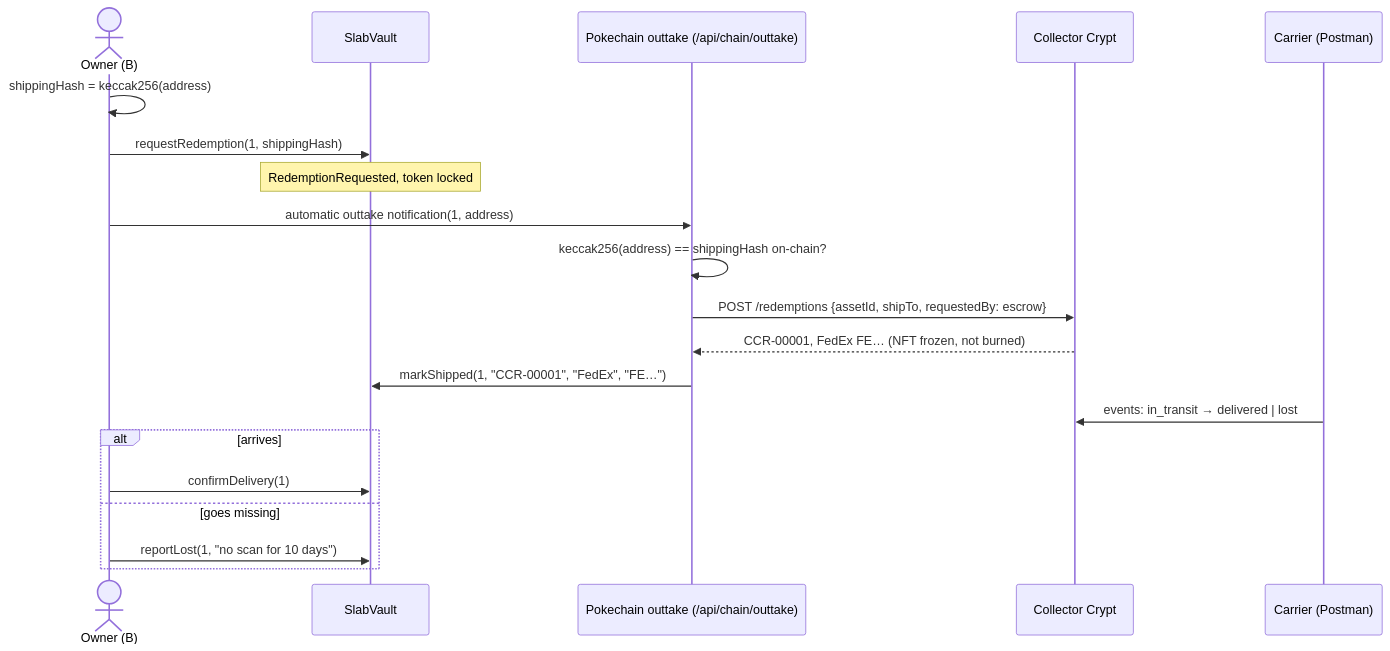
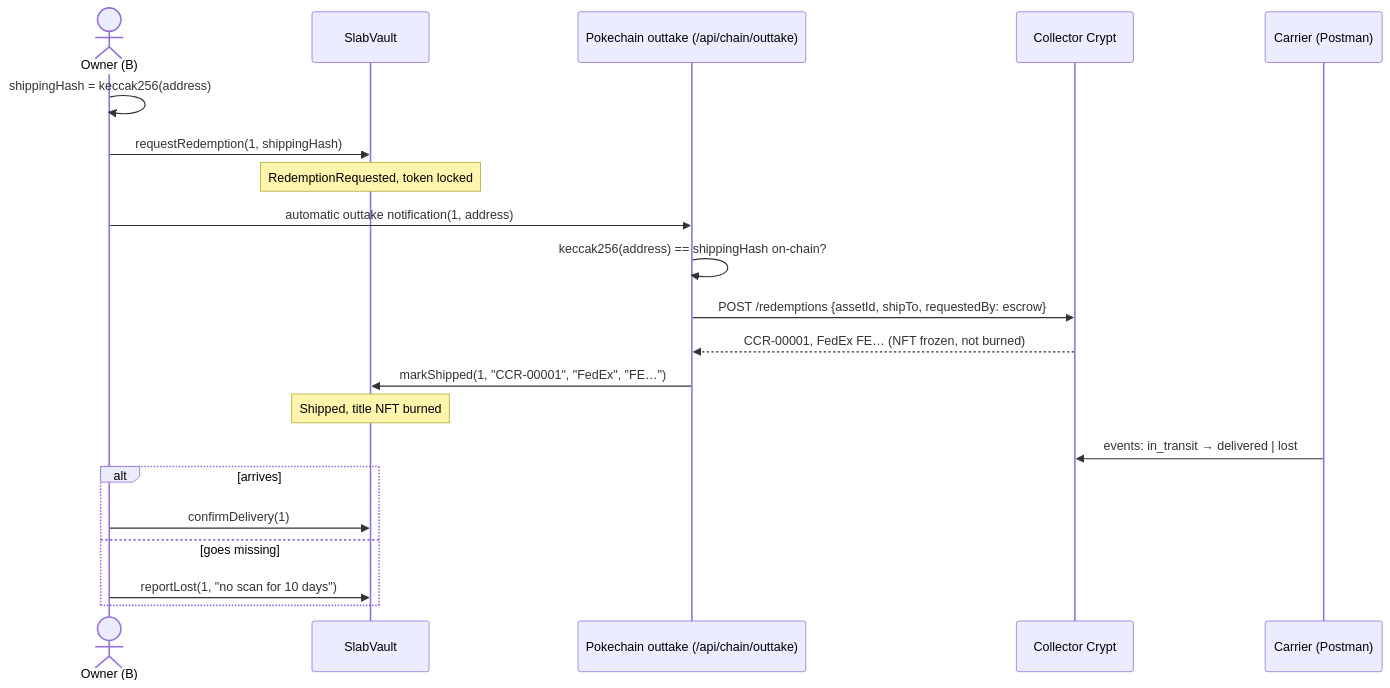
One commit to Xenonwizard/IS4302project changed the eighth of 8 diagrams in docs/blockchain-onboarding.md. Above: the diagram before and after it, drawn with Mermaid. The commit also changed other lines of this file and 19 other files, not shown here.

````diff
--- a/docs/blockchain-onboarding.md
+++ b/docs/blockchain-onboarding.md
@@ -381,22 +384,23 @@
 ```mermaid
 sequenceDiagram
   actor B as Owner (B)
   participant SV as SlabVault
   participant O as Pokechain outtake (/api/chain/outtake)
   participant CC as Collector Crypt
   participant C as Carrier (Postman)
   B->>B: shippingHash = keccak256(address)
   B->>SV: requestRedemption(1, shippingHash)
   Note over SV: RedemptionRequested, token locked
   B->>O: automatic outtake notification(1, address)
   O->>O: keccak256(address) == shippingHash on-chain?
   O->>CC: POST /redemptions {assetId, shipTo, requestedBy: escrow}
   CC-->>O: CCR-00001, FedEx FE…  (NFT frozen, not burned)
   O->>SV: markShipped(1, "CCR-00001", "FedEx", "FE…")
+  Note over SV: Shipped, title NFT burned
   C->>CC: events: in_transit → delivered | lost
   alt arrives
     B->>SV: confirmDelivery(1)
   else goes missing
     B->>SV: reportLost(1, "no scan for 10 days")
   end
 ```
````
